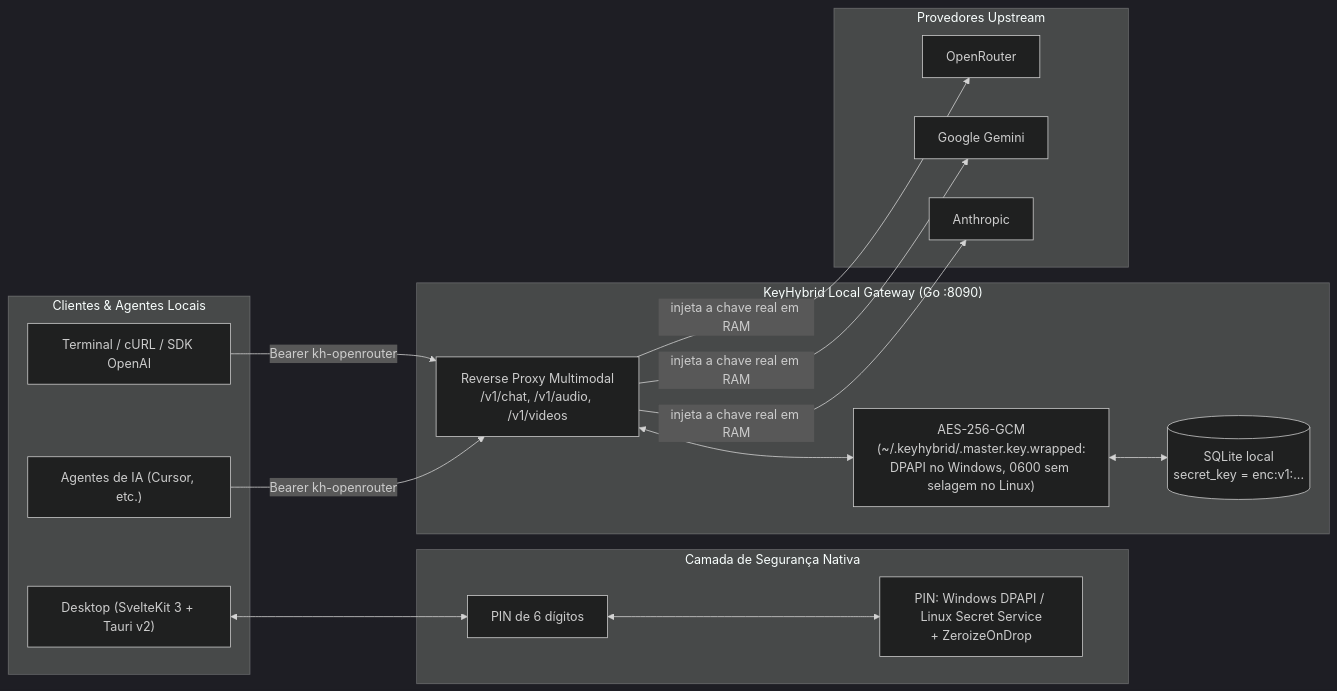
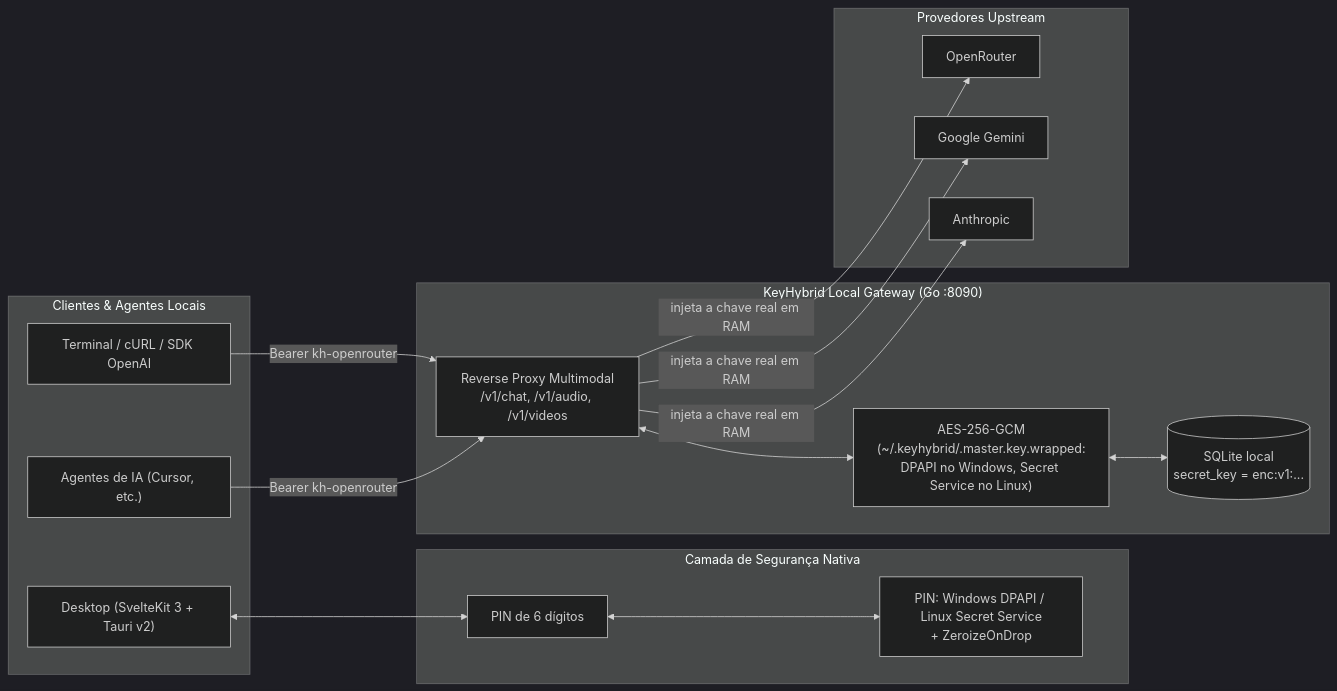
Before and after one commit to in100tiva/KeyHybrid: the diagram in README.md, drawn with Mermaid (dark theme). The commit also changed other lines of this file and 13 other files, not shown here.

First line of the commit message:
feat(seguranca): selar a chave mestra no Secret Service no Linux (#74)

````diff
--- a/README.md
+++ b/README.md
@@ -30,35 +30,35 @@
 ```mermaid
 flowchart LR
     subgraph Client["Clientes & Agentes Locais"]
         CLI["Terminal / cURL / SDK OpenAI"]
         IDE["Agentes de IA (Cursor, etc.)"]
         UI["Desktop (SvelteKit 3 + Tauri v2)"]
     end
 
     subgraph SecurityLayer["Camada de Segurança Nativa"]
         PIN["PIN de 6 dígitos"]
         OSVault["PIN: Windows DPAPI / Linux Secret Service\n+ ZeroizeOnDrop"]
     end
 
     subgraph Gateway["KeyHybrid Local Gateway (Go :8090)"]
         Proxy["Reverse Proxy Multimodal\n/v1/chat, /v1/audio, /v1/videos"]
-        AES["AES-256-GCM\n(~/.keyhybrid/.master.key.wrapped:\nDPAPI no Windows, 0600 sem selagem no Linux)"]
+        AES["AES-256-GCM\n(~/.keyhybrid/.master.key.wrapped:\nDPAPI no Windows, Secret Service no Linux)"]
         DB[("SQLite local\nsecret_key = enc:v1:...")]
     end
 
     subgraph Providers["Provedores Upstream"]
         OR["OpenRouter"]
         GM["Google Gemini"]
         AN["Anthropic"]
     end
 
     CLI -- "Bearer kh-openrouter" --> Proxy
     IDE -- "Bearer kh-openrouter" --> Proxy
     UI <--> PIN
     PIN <--> OSVault
     Proxy <--> AES
     AES <--> DB
     Proxy -- "injeta a chave real em RAM" --> OR
     Proxy -- "injeta a chave real em RAM" --> GM
     Proxy -- "injeta a chave real em RAM" --> AN
 ```
````
